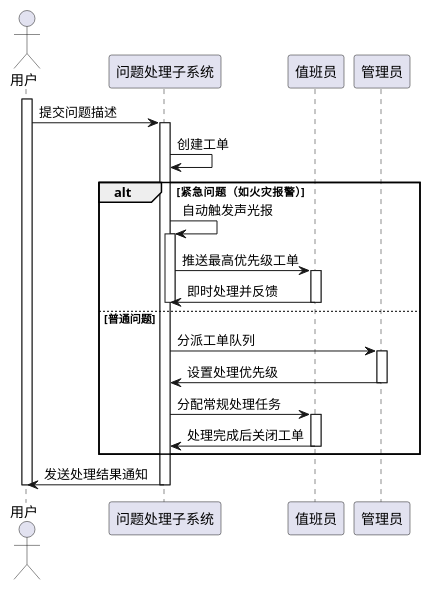
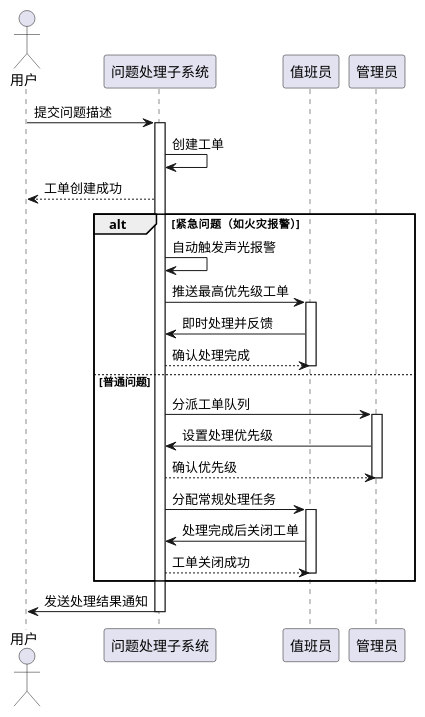
The diagram in uml/活动图时序图/问题处理图.plantuml (heichiii/srs_result), drawn with PlantUML before and after one commit. The commit also changed 3 other files, not shown here.

Commit message:
改图

```diff
--- a/uml/活动图时序图/问题处理图.plantuml
+++ b/uml/活动图时序图/问题处理图.plantuml
@@ -1,33 +1,33 @@
 @startuml 问题处理时序图
 actor 用户
 participant "问题处理子系统" as 问题
 participant "值班员" as 值班员
 participant "管理员" as 管理员
 
-activate 用户
 用户 -> 问题: 提交问题描述
 activate 问题
   问题 -> 问题: 创建工单
+  问题 --> 用户: 工单创建成功
 
   alt 紧急问题（如火灾报警）
-    问题 -> 问题: 自动触发声光报
-    activate 问题
+    问题 -> 问题: 自动触发声光报警
     问题 -> 值班员: 推送最高优先级工单
     activate 值班员
       值班员 -> 问题: 即时处理并反馈
+      问题 --> 值班员: 确认处理完成
     deactivate 值班员
-    deactivate 问题
   else 普通问题
     问题 -> 管理员: 分派工单队列
     activate 管理员
       管理员 -> 问题: 设置处理优先级
+      问题 --> 管理员: 确认优先级
     deactivate 管理员
     问题 -> 值班员: 分配常规处理任务
     activate 值班员
       值班员 -> 问题: 处理完成后关闭工单
+      问题 --> 值班员: 工单关闭成功
     deactivate 值班员
   end
   问题 -> 用户: 发送处理结果通知
 deactivate 问题
-deactivate 用户
 @enduml
```
